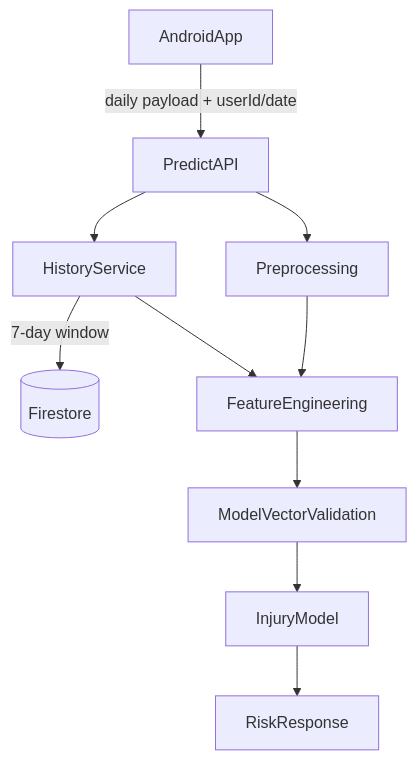
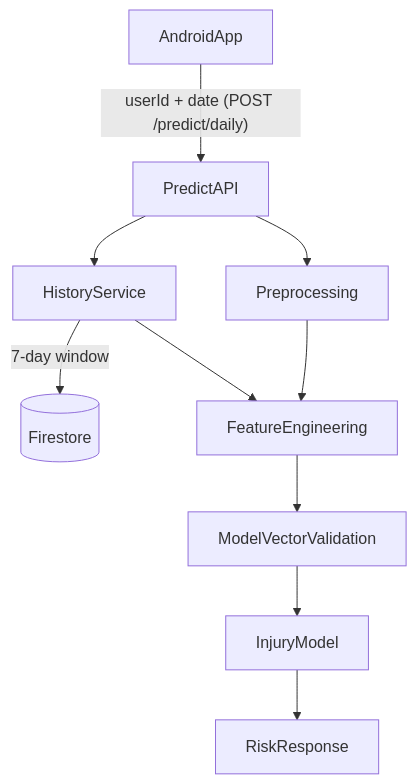
Before and after one commit to yahav97/final_project_AthleAgent: the diagram in backend/docs/FEATURE_ARCHITECTURE_END_TO_END.md, drawn with Mermaid. The commit also changed other lines of this file and 16 other files, not shown here.

````diff
--- a/backend/docs/FEATURE_ARCHITECTURE_END_TO_END.md
+++ b/backend/docs/FEATURE_ARCHITECTURE_END_TO_END.md
@@ -37,22 +37,22 @@
 ```mermaid
 flowchart TD
   androidApp[AndroidApp]
   firestore[(Firestore)]
   predictApi[PredictAPI]
   preprocess[Preprocessing]
   historyService[HistoryService]
   featureEng[FeatureEngineering]
   modelValidate[ModelVectorValidation]
   model[InjuryModel]
   response[RiskResponse]
 
-  androidApp -->|"daily payload + userId/date"| predictApi
+  androidApp -->|"userId + date (POST /predict/daily)"| predictApi
   predictApi --> preprocess
   predictApi --> historyService
   historyService -->|"7-day window"| firestore
   preprocess --> featureEng
   historyService --> featureEng
   featureEng --> modelValidate
   modelValidate --> model
   model --> response
 ```
````
